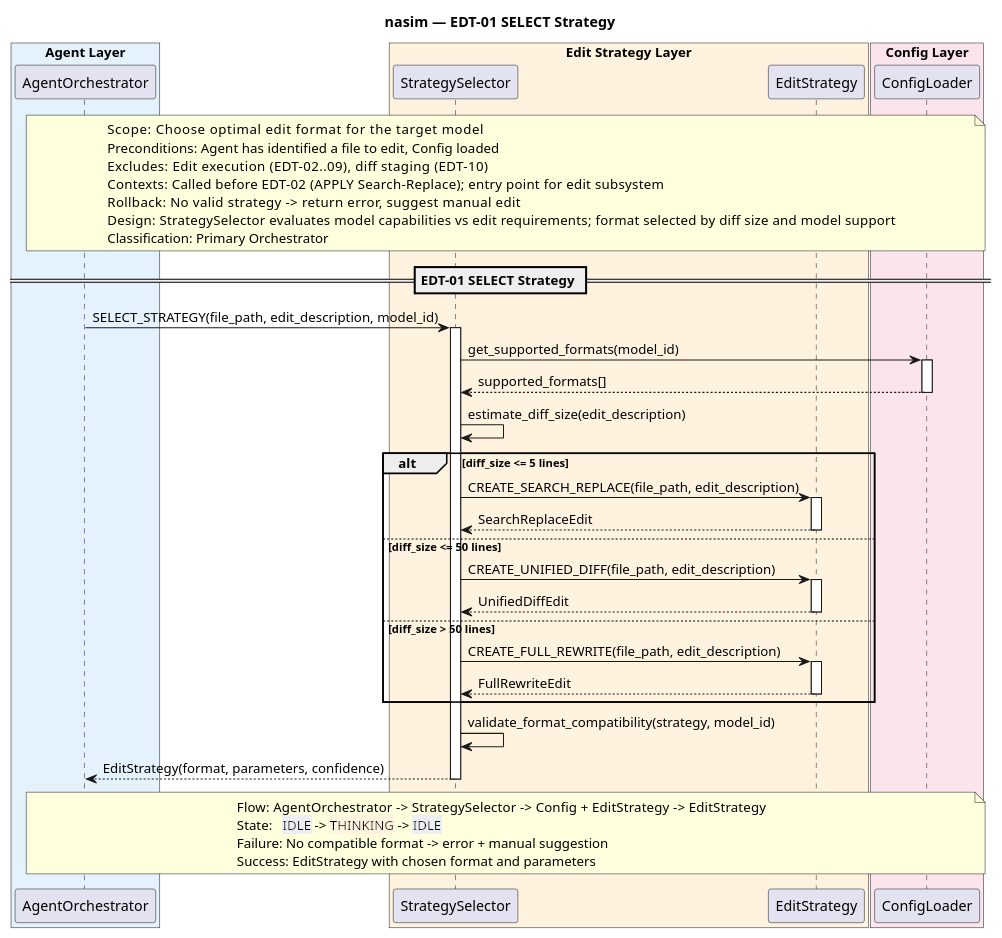
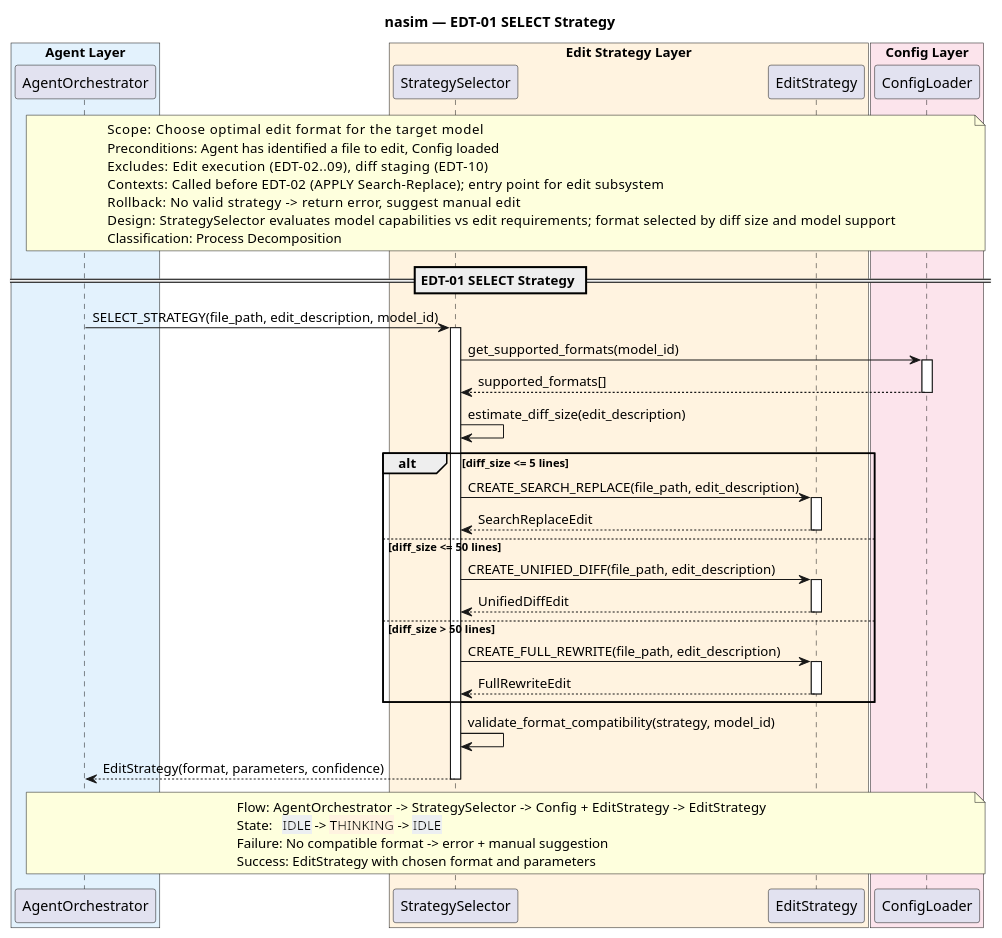
Before and after one commit to salimnamvar/nasim: the diagram in docs/SQ/EDT/sq_edt01_select_strategy.puml, drawn with PlantUML. The commit also changed 38 other files, not shown here.

First line of the commit message:
docs: Refactor architectural documentation and tooling for 2026 standards compliance

```diff
--- a/docs/SQ/EDT/sq_edt01_select_strategy.puml
+++ b/docs/SQ/EDT/sq_edt01_select_strategy.puml
@@ -1,76 +1,76 @@
 @startuml sq_edt01_select_strategy
 ' ============================================================
 ' Title:     EDT-01 — SELECT Strategy
 ' Boundary:  nasim code agent
 ' Purpose:   Choose optimal edit format for the target model
 ' Milestone: v1.0
 ' Version:   2.0.0
 ' Source:    docs/UC/README.md
 ' Review:    docs/SQ/README.md
 ' ============================================================
 
 title nasim — EDT-01 SELECT Strategy
 
 box "Agent Layer" #E3F2FD
   participant "AgentOrchestrator" as agent
 end box
 box "Edit Strategy Layer" #FFF3E0
   participant "StrategySelector" as selector
   participant "EditStrategy" as strategy
 end box
 box "Config Layer" #FCE4EC
   participant "ConfigLoader" as config
 end box
 
 note over agent, config
   Scope:          Choose optimal edit format for the target model
   Preconditions:  Agent has identified a file to edit, Config loaded
   Excludes:       Edit execution (EDT-02..09), diff staging (EDT-10)
   Contexts:       Called before EDT-02 (APPLY Search-Replace); entry point for edit subsystem
   Rollback:       No valid strategy -> return error, suggest manual edit
   Design:         StrategySelector evaluates model capabilities vs edit requirements; format selected by diff size and model support
-  Classification: Primary Orchestrator
+  Classification: Process Decomposition
 end note
 
 == EDT-01 SELECT Strategy ==
 
 agent -> selector : SELECT_STRATEGY(file_path, edit_description, model_id)
 activate selector
 
 selector -> config : get_supported_formats(model_id)
 activate config
 config --> selector : supported_formats[]
 deactivate config
 
 selector -> selector : estimate_diff_size(edit_description)
 
 alt diff_size <= 5 lines
     selector -> strategy : CREATE_SEARCH_REPLACE(file_path, edit_description)
     activate strategy
     strategy --> selector : SearchReplaceEdit
     deactivate strategy
 else diff_size <= 50 lines
     selector -> strategy : CREATE_UNIFIED_DIFF(file_path, edit_description)
     activate strategy
     strategy --> selector : UnifiedDiffEdit
     deactivate strategy
 else diff_size > 50 lines
     selector -> strategy : CREATE_FULL_REWRITE(file_path, edit_description)
     activate strategy
     strategy --> selector : FullRewriteEdit
     deactivate strategy
 end
 
 selector -> selector : validate_format_compatibility(strategy, model_id)
 
 selector --> agent : EditStrategy(format, parameters, confidence)
 deactivate selector
 
 note over agent, config
   Flow:    AgentOrchestrator -> StrategySelector -> Config + EditStrategy -> EditStrategy
   State:   <back:#ECEFF1>IDLE</back> -> <back:#FFF3E0>THINKING</back> -> <back:#ECEFF1>IDLE</back>
   Failure: No compatible format -> error + manual suggestion
   Success: EditStrategy with chosen format and parameters
 end note
 
 @enduml
```
